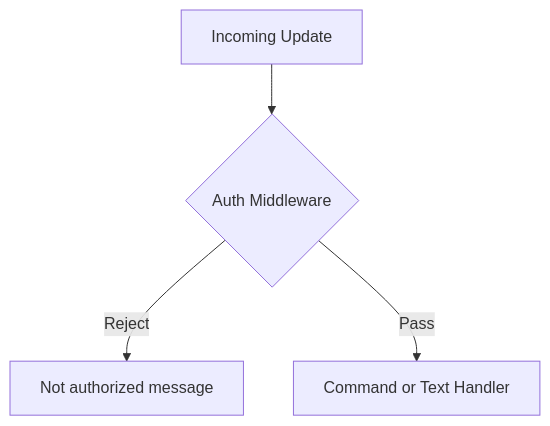
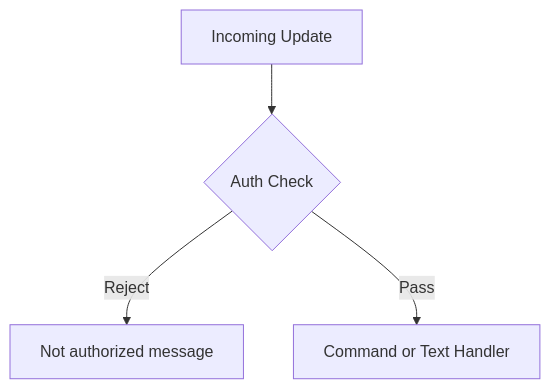
The third of 6 diagrams in apps/desktop/vitruvian-code/README.md (VitruvianSoftware/vitruvian-core), drawn with Mermaid before and after one commit. The commit also changed other lines of this file and 36 other files, not shown here.

````diff
--- a/apps/desktop/vitruvian-code/README.md
+++ b/apps/desktop/vitruvian-code/README.md
@@ -71,6 +69,6 @@
 ```mermaid
 flowchart TD
-    A[Incoming Update] --> B{Auth Middleware}
+    A[Incoming Update] --> B{Auth Check}
     B -->|Reject| C["Not authorized message"]
     B -->|Pass| D[Command or Text Handler]
 ```
````
